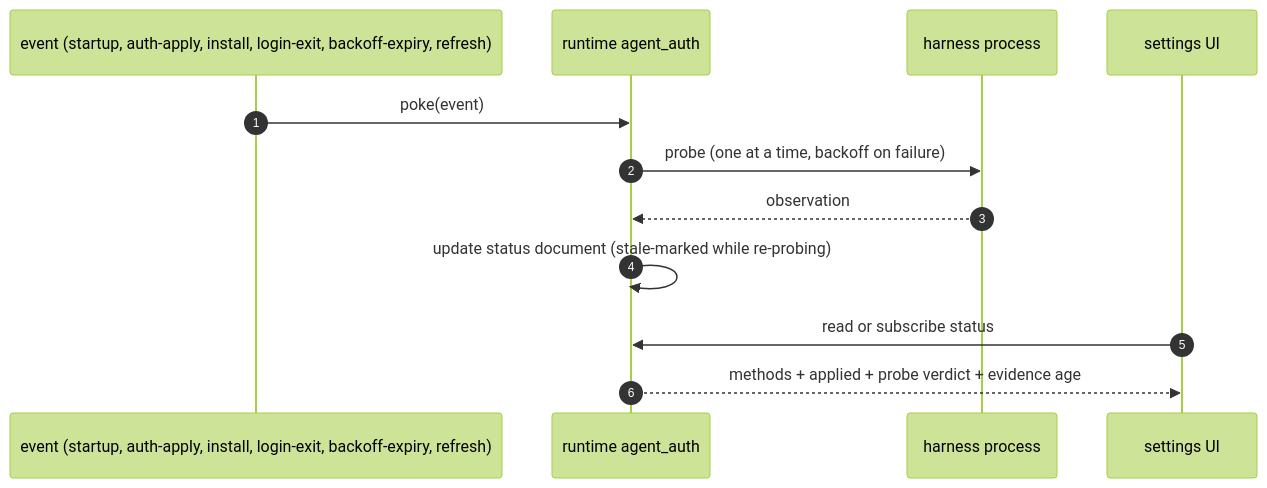
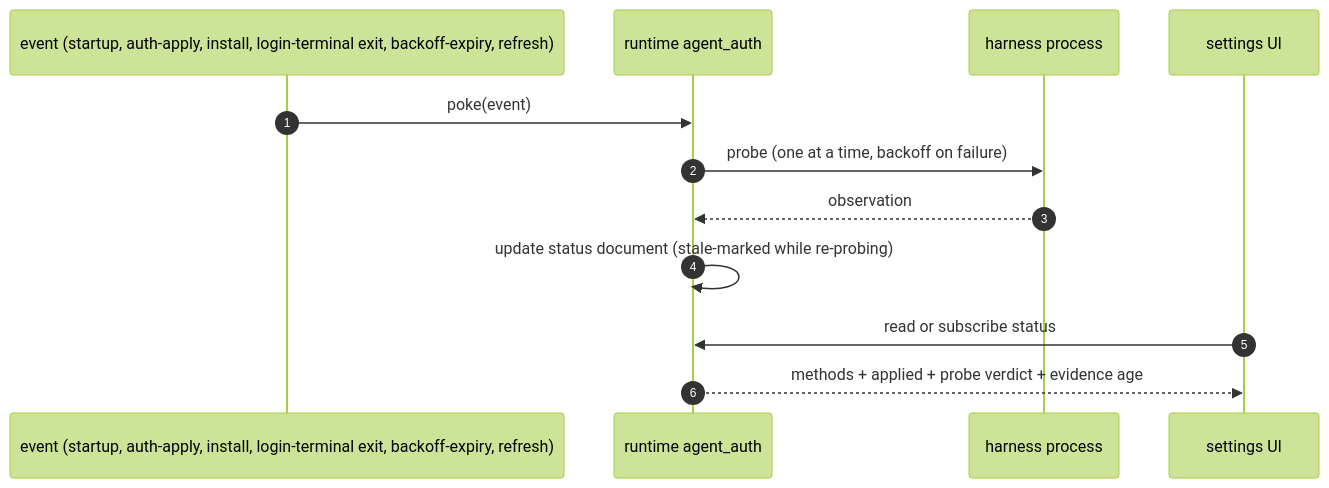
Before and after one commit to proliferate-ai/proliferate: the fourth of 5 diagrams in specs/systems/agent_auth/README.md, drawn with Mermaid (forest theme). The commit also changed other lines of this file and 1 other file, not shown here.

First line of the commit message:
spec: apply both head re-verification rounds (11 + 10 findings)

````diff
--- a/specs/systems/agent_auth/README.md
+++ b/specs/systems/agent_auth/README.md
@@ -357,14 +357,14 @@
 ```mermaid
 sequenceDiagram
     autonumber
-    participant EV as event (startup, auth-apply, install, login-exit, backoff-expiry, refresh)
+    participant EV as event (startup, auth-apply, install, login-terminal exit, backoff-expiry, refresh)
     participant RT as runtime agent_auth
     participant H as harness process
     participant UI as settings UI
     EV->>RT: poke(event)
     RT->>H: probe (one at a time, backoff on failure)
     H-->>RT: observation
     RT->>RT: update status document (stale-marked while re-probing)
     UI->>RT: read or subscribe status
     RT-->>UI: methods + applied + probe verdict + evidence age
 ```
````
